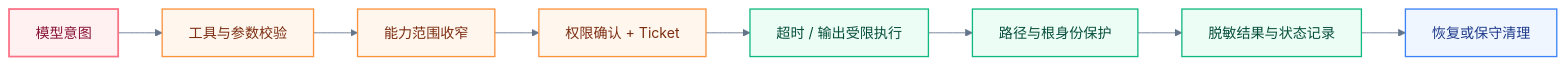
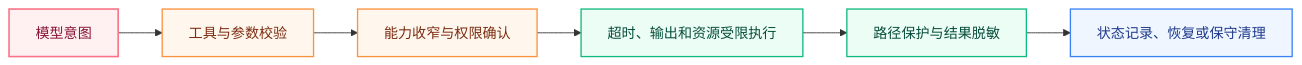
Before and after one commit to gugugu5331/XAgent: the ninth of 10 diagrams in docs/technical-overview.md, drawn with Mermaid. The commit also changed other lines of this file and 1 other file, not shown here.

````diff
--- a/docs/technical-overview.md
+++ b/docs/technical-overview.md
@@ -382,20 +524,17 @@
 ```mermaid
-%%{init: {'theme':'base','themeVariables':{'primaryColor':'#fff1f2','primaryTextColor':'#0f172a','primaryBorderColor':'#fb7185','lineColor':'#64748b','secondaryColor':'#ecfdf5','tertiaryColor':'#eff6ff','fontFamily':'PingFang SC, sans-serif'}}}%%
 flowchart LR
-    M["模型意图"] --> S["工具与参数校验"]
-    S --> W["能力范围收窄"]
-    W --> P["权限确认 + Ticket"]
-    P --> E["超时 / 输出受限执行"]
-    E --> F["路径与根身份保护"]
-    F --> R["脱敏结果与状态记录"]
-    R --> C["恢复或保守清理"]
+    M["模型意图"] --> V["工具与参数校验"]
+    V --> P["能力收窄与权限确认"]
+    P --> E["超时、输出和资源受限执行"]
+    E --> S["路径保护与结果脱敏"]
+    S --> R["状态记录、恢复或保守清理"]
 
-    classDef intent fill:#fff1f2,stroke:#fb7185,color:#881337,stroke-width:2px;
+    classDef intent fill:#fff1f2,stroke:#fb7185,color:#881337,stroke-width:1.8px;
     classDef guard fill:#fff7ed,stroke:#fb923c,color:#7c2d12,stroke-width:1.5px;
     classDef execute fill:#ecfdf5,stroke:#10b981,color:#064e3b,stroke-width:1.5px;
     classDef recover fill:#eff6ff,stroke:#3b82f6,color:#1e3a8a,stroke-width:1.5px;
     class M intent;
-    class S,W,P guard;
-    class E,F,R execute;
-    class C recover;
+    class V,P guard;
+    class E,S execute;
+    class R recover;
 ```
````
